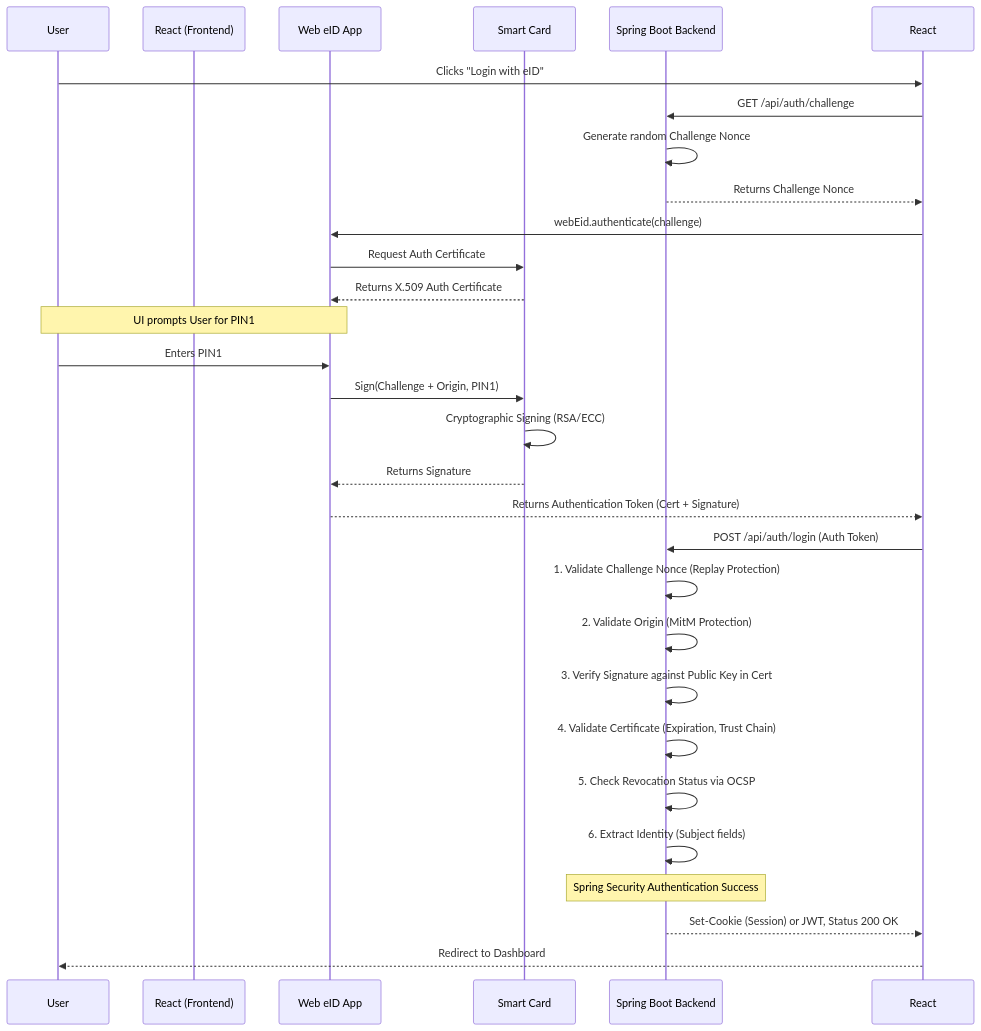
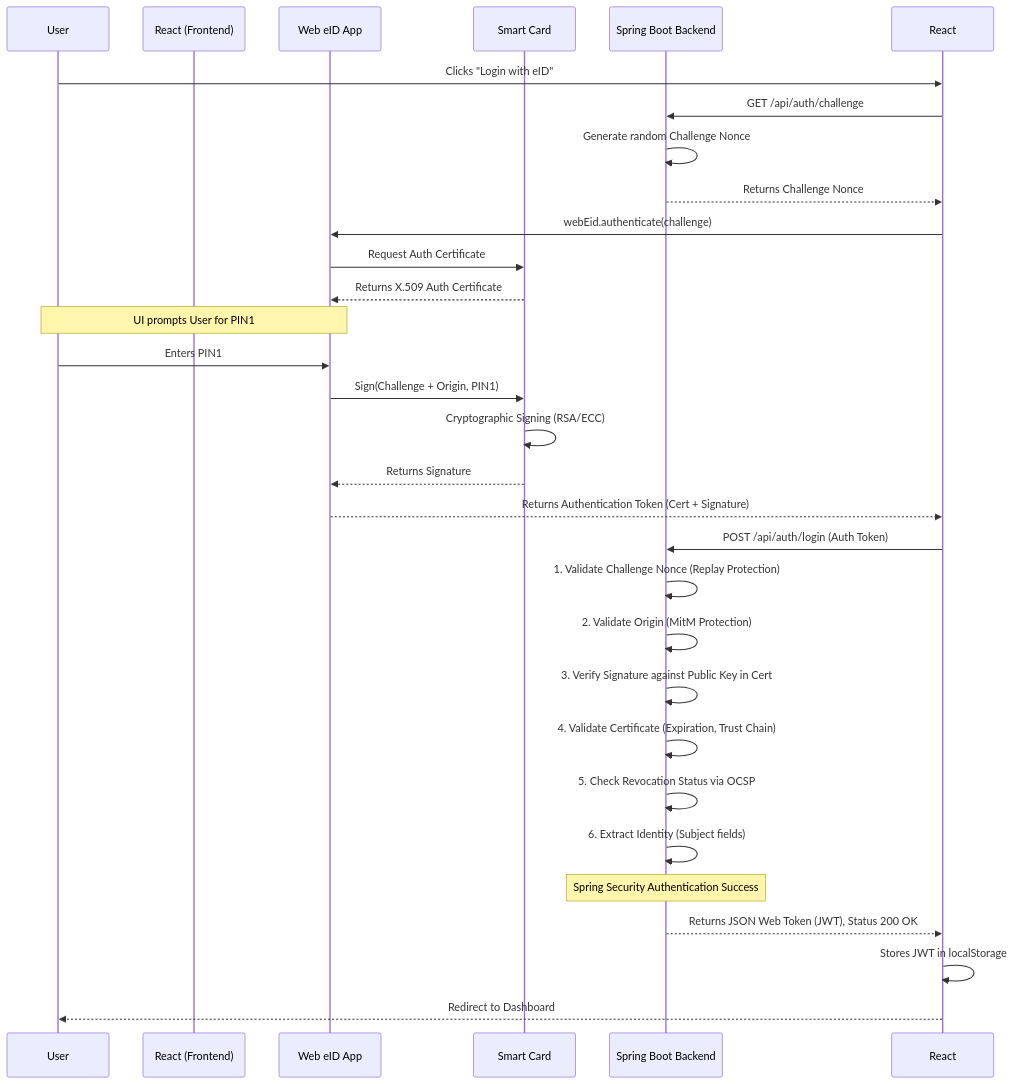
One commit to Majdzapa/EID changed the diagram in web-eid-demo/docs/authentication.md. Above: the diagram before and after it, drawn with Mermaid. The commit also changed other lines of this file and 5 other files, not shown here.

Commit message:
docs: update documentation for stateless JWT and spring profiles

````diff
--- a/web-eid-demo/docs/authentication.md
+++ b/web-eid-demo/docs/authentication.md
@@ -10,37 +10,38 @@
 ```mermaid
 sequenceDiagram
     participant User
     participant React (Frontend)
     participant Web eID App
     participant Smart Card
     participant Spring Boot Backend
 
     User->>React: Clicks "Login with eID"
     React->>Spring Boot Backend: GET /api/auth/challenge
     Spring Boot Backend->>Spring Boot Backend: Generate random Challenge Nonce
     Spring Boot Backend-->>React: Returns Challenge Nonce
     
     React->>Web eID App: webEid.authenticate(challenge)
     Web eID App->>Smart Card: Request Auth Certificate
     Smart Card-->>Web eID App: Returns X.509 Auth Certificate
     
     Note over Web eID App, User: UI prompts User for PIN1
     User->>Web eID App: Enters PIN1
     
     Web eID App->>Smart Card: Sign(Challenge + Origin, PIN1)
     Smart Card->>Smart Card: Cryptographic Signing (RSA/ECC)
     Smart Card-->>Web eID App: Returns Signature
     Web eID App-->>React: Returns Authentication Token (Cert + Signature)
     
     React->>Spring Boot Backend: POST /api/auth/login (Auth Token)
     Spring Boot Backend->>Spring Boot Backend: 1. Validate Challenge Nonce (Replay Protection)
     Spring Boot Backend->>Spring Boot Backend: 2. Validate Origin (MitM Protection)
     Spring Boot Backend->>Spring Boot Backend: 3. Verify Signature against Public Key in Cert
     Spring Boot Backend->>Spring Boot Backend: 4. Validate Certificate (Expiration, Trust Chain)
     Spring Boot Backend->>Spring Boot Backend: 5. Check Revocation Status via OCSP
     Spring Boot Backend->>Spring Boot Backend: 6. Extract Identity (Subject fields)
     
     Note over Spring Boot Backend: Spring Security Authentication Success
-    Spring Boot Backend-->>React: Set-Cookie (Session) or JWT, Status 200 OK
+    Spring Boot Backend-->>React: Returns JSON Web Token (JWT), Status 200 OK
+    React->>React: Stores JWT in localStorage
     React-->>User: Redirect to Dashboard
 ```
````
